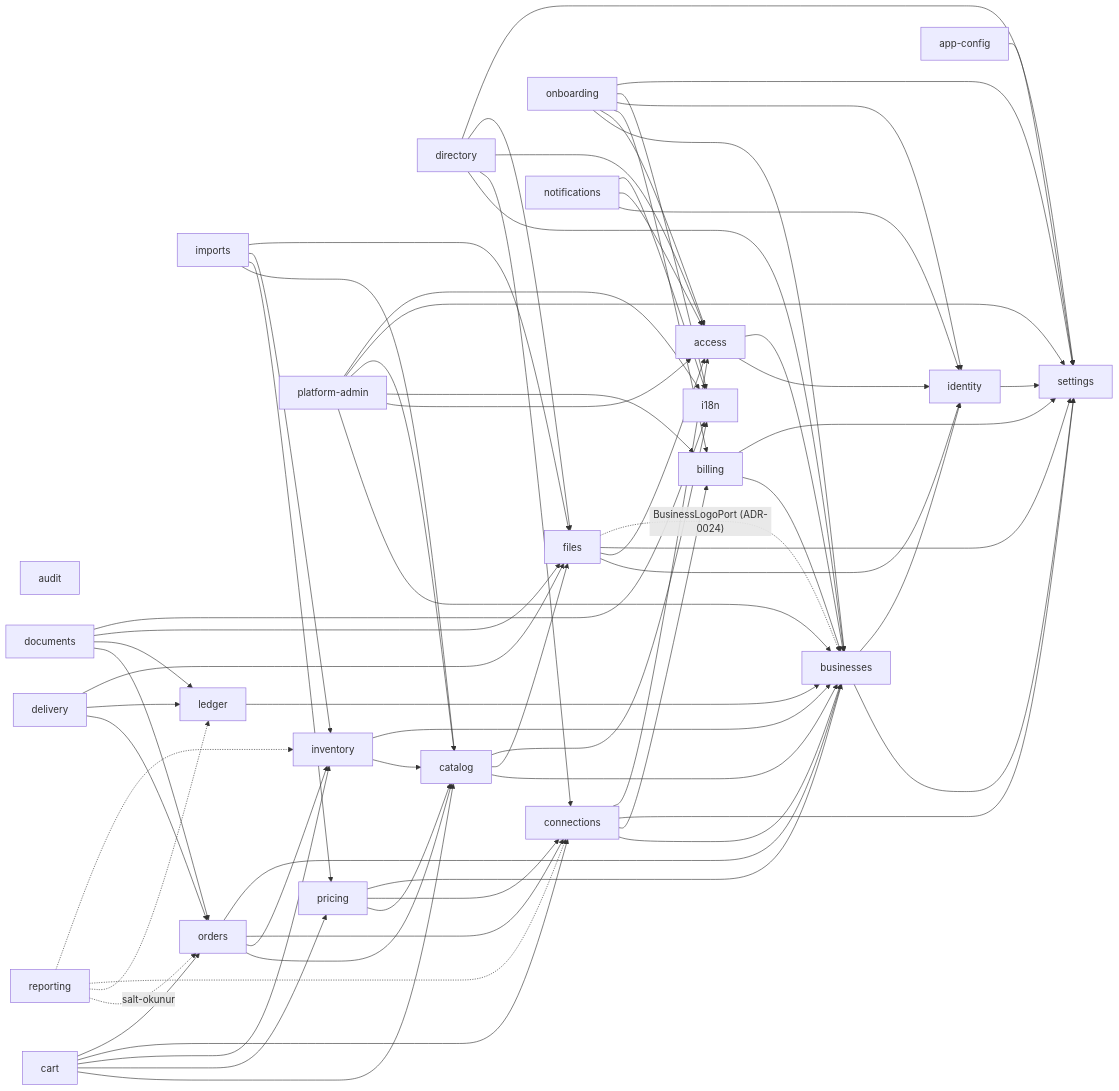
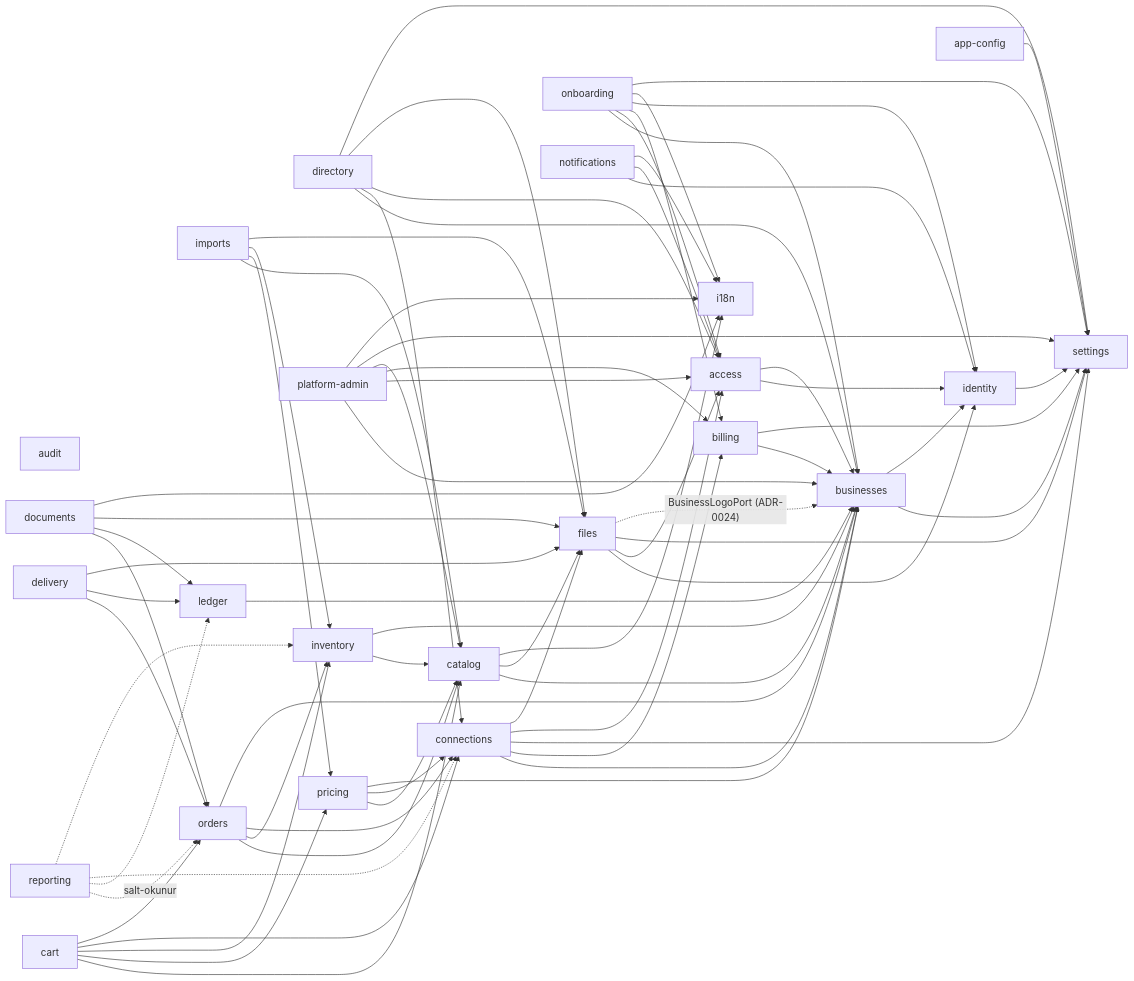
Before and after one commit to MIRALIKAZIMLI/b2b-platform: the diagram in docs/03-architecture/c4-component.md, drawn with Mermaid. The commit also changed 32 other files, not shown here.

```diff
--- a/docs/03-architecture/c4-component.md
+++ b/docs/03-architecture/c4-component.md
@@ -38,6 +38,7 @@
     connections --> billing
     connections --> settings
     connections --> access
+    connections --> files
     directory --> businesses
     directory --> connections
     directory --> access
```
